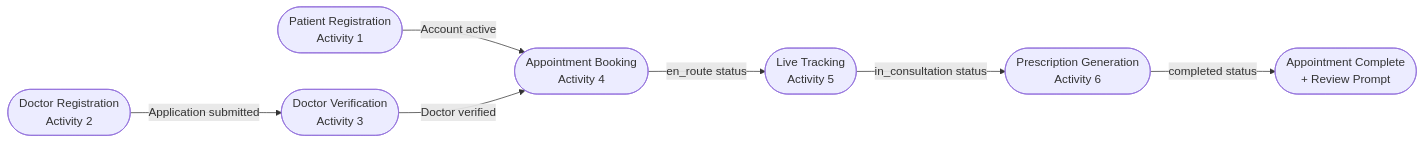
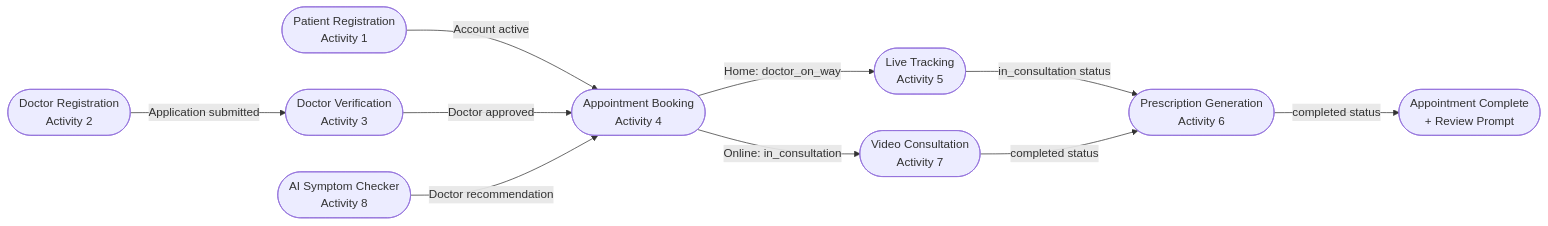
One commit to Vansh-Vaishnani/DocDock changed the ninth of 9 diagrams in Documents/Activity_Diagrams.md. Above: the diagram before and after it, drawn with Mermaid. The commit also changed other lines of this file and 16 other files, not shown here.

Commit message:
feat: initialize project documentation including system architecture, design specifications, and development roadmap

````diff
--- a/Documents/Activity_Diagrams.md
+++ b/Documents/Activity_Diagrams.md
@@ -550,9 +678,12 @@
 ```mermaid
 flowchart LR
     R1([Patient Registration\nActivity 1]) -->|Account active| AB([Appointment Booking\nActivity 4])
     R2([Doctor Registration\nActivity 2]) -->|Application submitted| DV([Doctor Verification\nActivity 3])
-    DV -->|Doctor verified| AB
-    AB -->|en_route status| LT([Live Tracking\nActivity 5])
+    DV -->|Doctor approved| AB
+    AB -->|Home: doctor_on_way| LT([Live Tracking\nActivity 5])
+    AB -->|Online: in_consultation| VC([Video Consultation\nActivity 7])
     LT -->|in_consultation status| PG([Prescription Generation\nActivity 6])
+    VC -->|completed status| PG
     PG -->|completed status| END([Appointment Complete\n+ Review Prompt])
+    AI([AI Symptom Checker\nActivity 8]) -->|Doctor recommendation| AB
 ```
````
